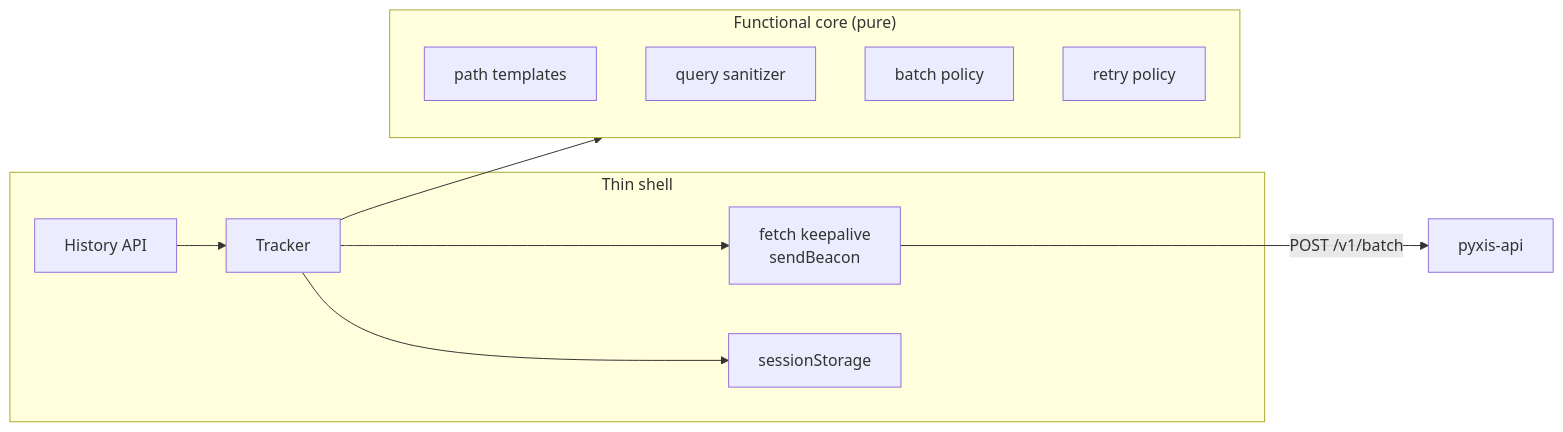
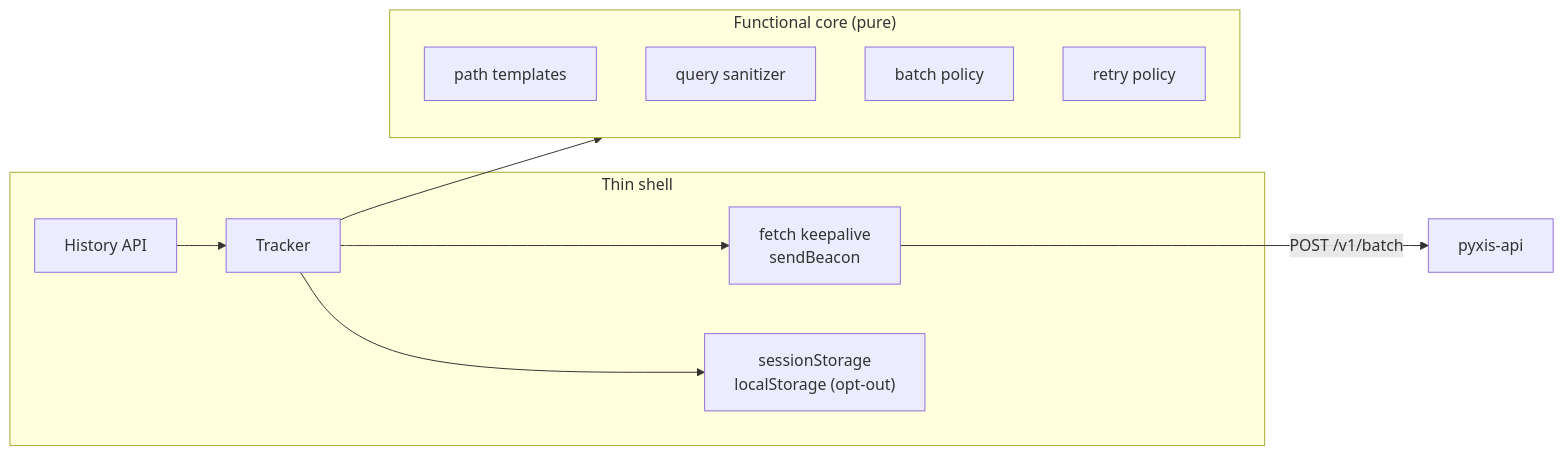
Before and after one commit to samuelcsantana/pyxis-sdk: the diagram in README.md, drawn with Mermaid. The commit also changed other lines of this file, not shown here.

````diff
--- a/README.md
+++ b/README.md
@@ -79,16 +84,16 @@
 ```mermaid
 flowchart LR
   subgraph Shell["Thin shell"]
     Navigation["History API"] --> Tracker
     Tracker --> Transport["fetch keepalive<br>sendBeacon"]
-    Tracker --> Storage["sessionStorage"]
+    Tracker --> Storage["sessionStorage<br>localStorage (opt-out)"]
   end
   subgraph Core["Functional core (pure)"]
     Paths["path templates"]
     Query["query sanitizer"]
     Batching["batch policy"]
     Retry["retry policy"]
   end
   Tracker --> Core
   Transport -- "POST /v1/batch" --> API["pyxis-api"]
 ```
````
